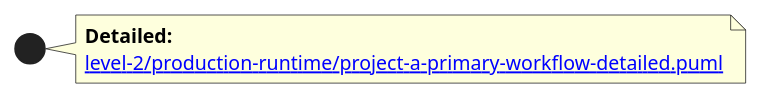
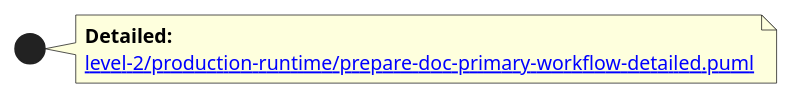
Before and after one commit to williaby/image-preprocessing-detector: the second of 3 diagrams in docs/architecture/diagrams/README.md, drawn with PlantUML. The commit also changed other lines of this file and 212 other files, not shown here.

````diff
--- a/docs/architecture/diagrams/README.md
+++ b/docs/architecture/diagrams/README.md
@@ -166,6 +166,6 @@
 ```plantuml
 note right
   **Detailed:**
-  [[level-2/production-runtime/project-a-primary-workflow-detailed.puml]]
+  [[level-2/production-runtime/prepare-doc-primary-workflow-detailed.puml]]
 end note
 ```
````
